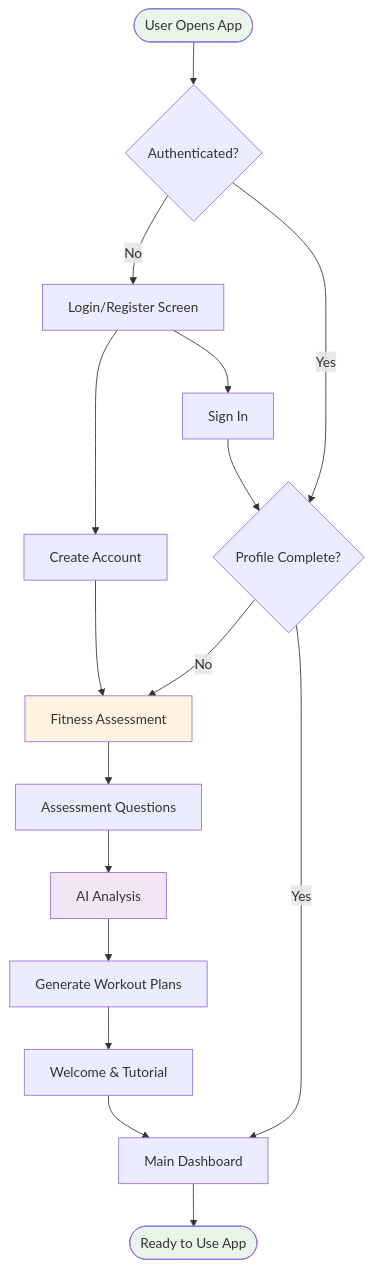
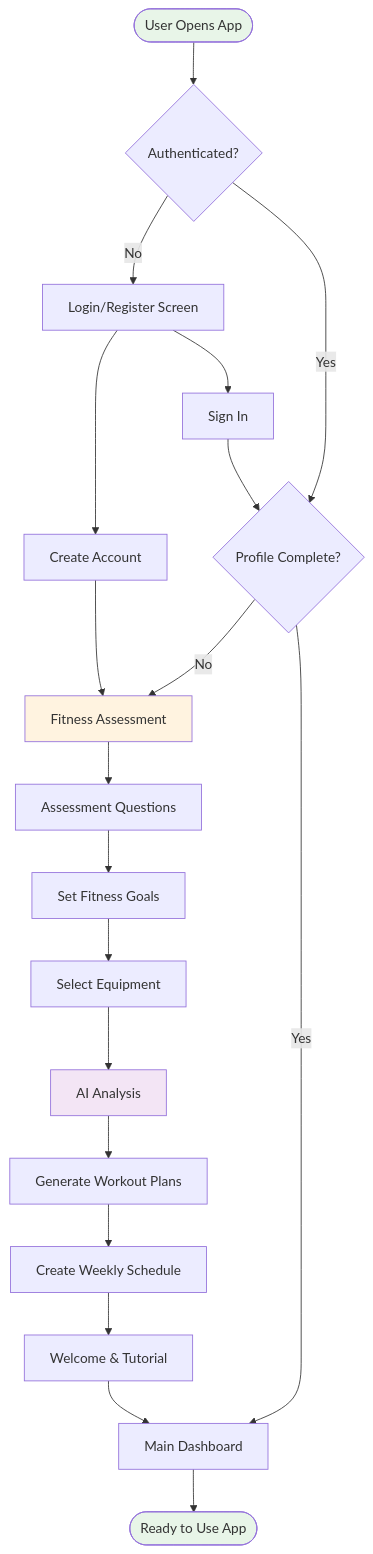
The first of 8 diagrams in docs/USER_FLOWS.md (gs-admin1/hashimfit-voicecoach), drawn with Mermaid before and after one commit. The commit also changed other lines of this file and 5 other files, not shown here.

````diff
--- a/docs/USER_FLOWS.md
+++ b/docs/USER_FLOWS.md
@@ -7,27 +7,30 @@
 ```mermaid
 flowchart TD
     Start([User Opens App]) --> Auth{Authenticated?}
     Auth -->|No| Login[Login/Register Screen]
     Auth -->|Yes| Profile{Profile Complete?}
     
     Login --> Register[Create Account]
     Login --> SignIn[Sign In]
     Register --> Assessment[Fitness Assessment]
     SignIn --> Profile
     
     Profile -->|No| Assessment
     Profile -->|Yes| Dashboard[Main Dashboard]
     
     Assessment --> Questions[Assessment Questions]
-    Questions --> AI[AI Analysis]
+    Questions --> Goals[Set Fitness Goals]
+    Goals --> Equipment[Select Equipment]
+    Equipment --> AI[AI Analysis]
     AI --> Plans[Generate Workout Plans]
-    Plans --> Welcome[Welcome & Tutorial]
+    Plans --> Schedule[Create Weekly Schedule]
+    Schedule --> Welcome[Welcome & Tutorial]
     Welcome --> Dashboard
     
     Dashboard --> End([Ready to Use App])
     
     style Start fill:#e8f5e8
     style End fill:#e8f5e8
     style Assessment fill:#fff3e0
     style AI fill:#f3e5f5
 ```
````
